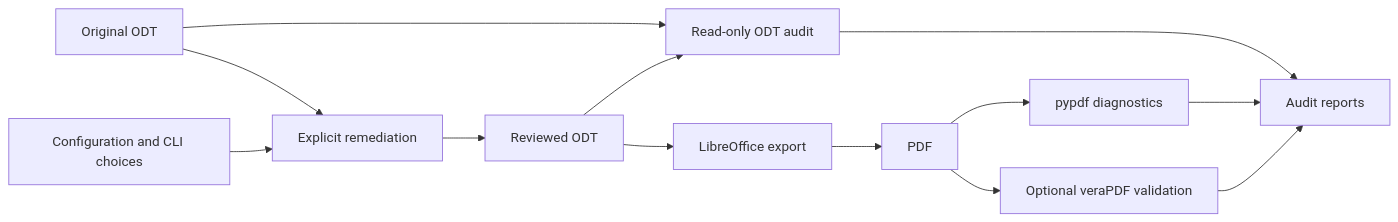
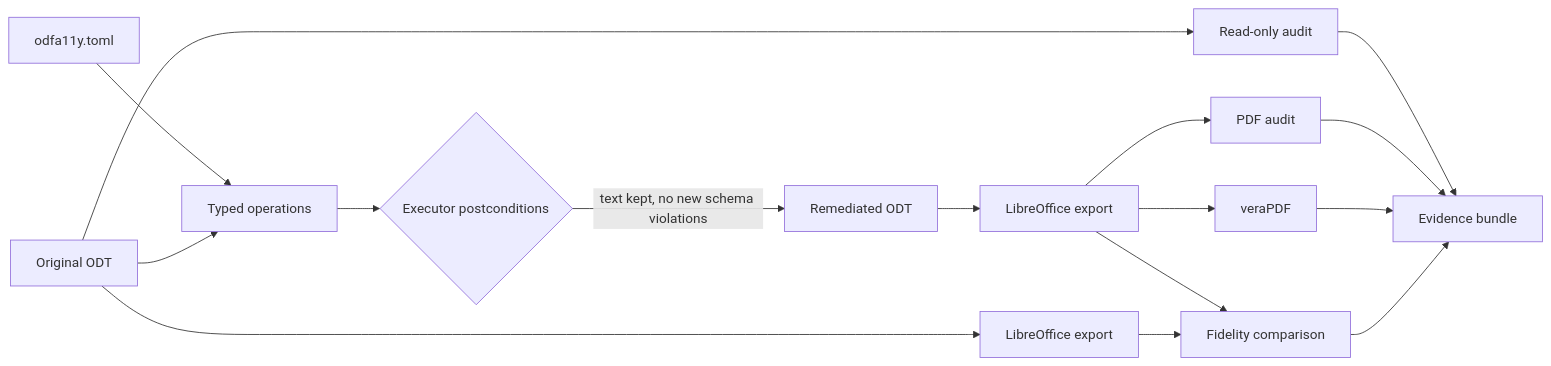
One commit to resoltico/ODFA11y changed the diagram in docs/ARCHITECTURE.md. Above: the diagram before and after it, drawn with Mermaid. The commit also changed other lines of this file and 115 other files, not shown here.

First line of the commit message:
Redesign for 0.2: typed remediation, evidence bundles, bundled ODF schemas, hardened releases (#2)

````diff
--- a/docs/ARCHITECTURE.md
+++ b/docs/ARCHITECTURE.md
@@ -7,15 +6,18 @@
 ```mermaid
 flowchart LR
-    ODT[Original ODT] --> Audit[Read-only ODT audit]
-    ODT --> Edit[Explicit remediation]
-    Config[Configuration and CLI choices] --> Edit
-    Edit --> Source[Reviewed ODT]
-    Source --> Audit
-    Source --> Export[LibreOffice export]
-    Export --> PDF[PDF]
-    PDF --> Inspect[pypdf diagnostics]
-    PDF --> Validate[Optional veraPDF validation]
-    Audit --> Reports[Audit reports]
-    Inspect --> Reports
-    Validate --> Reports
+    ODT[Original ODT] --> Audit[Read-only audit]
+    Config[odfa11y.toml] --> Ops[Typed operations]
+    ODT --> Ops
+    Ops --> Gate{Executor postconditions}
+    Gate -->|text kept, no new schema violations| Reviewed[Remediated ODT]
+    Reviewed --> Export[LibreOffice export]
+    ODT --> ExportSrc[LibreOffice export]
+    Export --> Inspect[PDF audit]
+    Export --> Vera[veraPDF]
+    Export --> Compare[Fidelity comparison]
+    ExportSrc --> Compare
+    Audit --> Evidence[Evidence bundle]
+    Inspect --> Evidence
+    Vera --> Evidence
+    Compare --> Evidence
 ```
````
